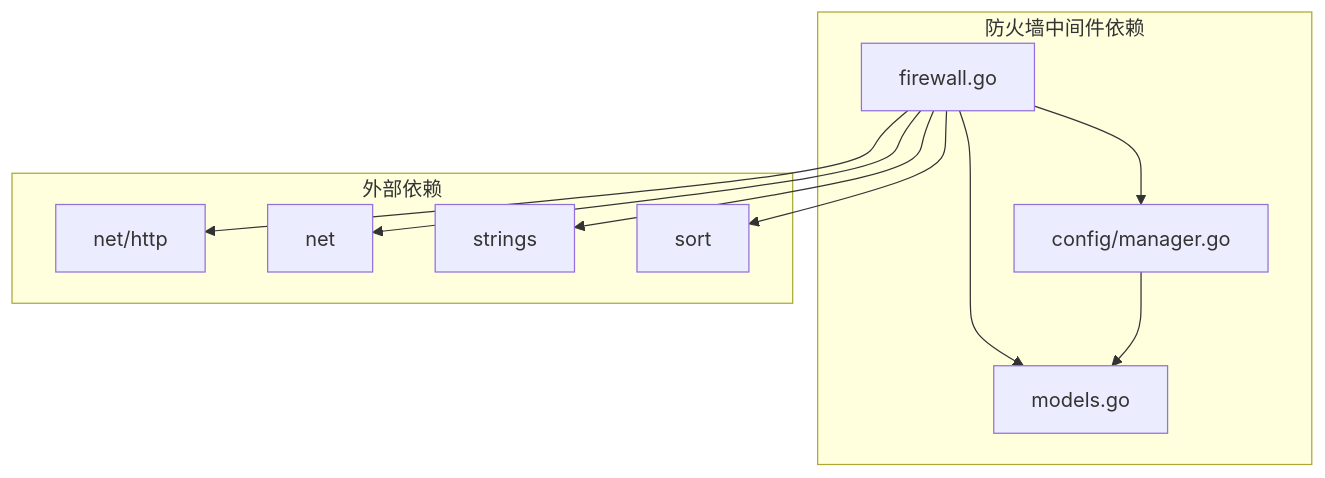
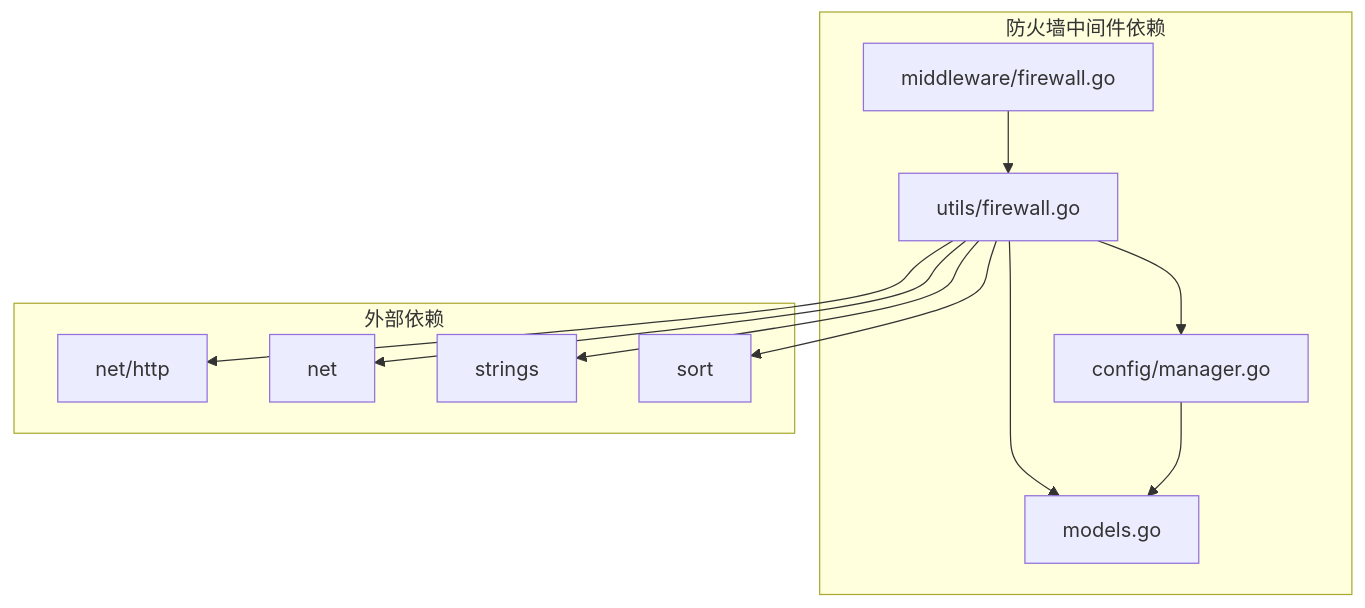
Before and after one commit to yanfanvip/caddy-manager: the eighth of 8 diagrams in .qoder/repowiki/zh/content/核心模块/中间件系统/防火墙中间件.md, drawn with Mermaid. The commit also changed other lines of this file and 7 other files, not shown here.

````diff
--- a/.qoder/repowiki/zh/content/核心模块/中间件系统/防火墙中间件.md
+++ b/.qoder/repowiki/zh/content/核心模块/中间件系统/防火墙中间件.md
@@ -270,21 +332,23 @@
 ```mermaid
 graph TB
 subgraph "防火墙中间件依赖"
-Firewall[firewall.go]
+FirewallMW[middleware/firewall.go]
+UtilsFW[utils/firewall.go]
 Models[models.go]
 Config[config/manager.go]
 end
 subgraph "外部依赖"
 Net[net/http]
 NetPackage[net]
 Strings[strings]
 Sort[sort]
 end
-Firewall --> Models
-Firewall --> Config
-Firewall --> Net
-Firewall --> NetPackage
-Firewall --> Strings
-Firewall --> Sort
+FirewallMW --> UtilsFW
+UtilsFW --> Models
+UtilsFW --> Config
+UtilsFW --> Net
+UtilsFW --> NetPackage
+UtilsFW --> Strings
+UtilsFW --> Sort
 Config --> Models
 ```
````
